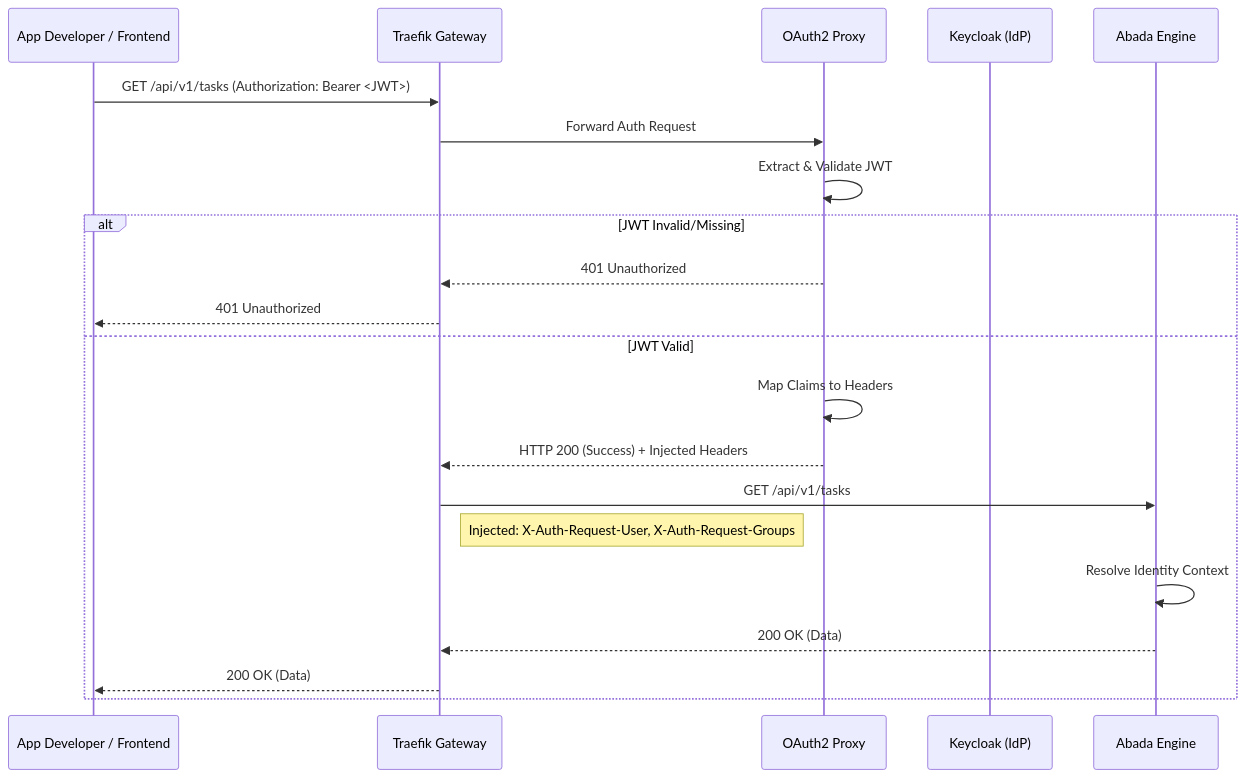
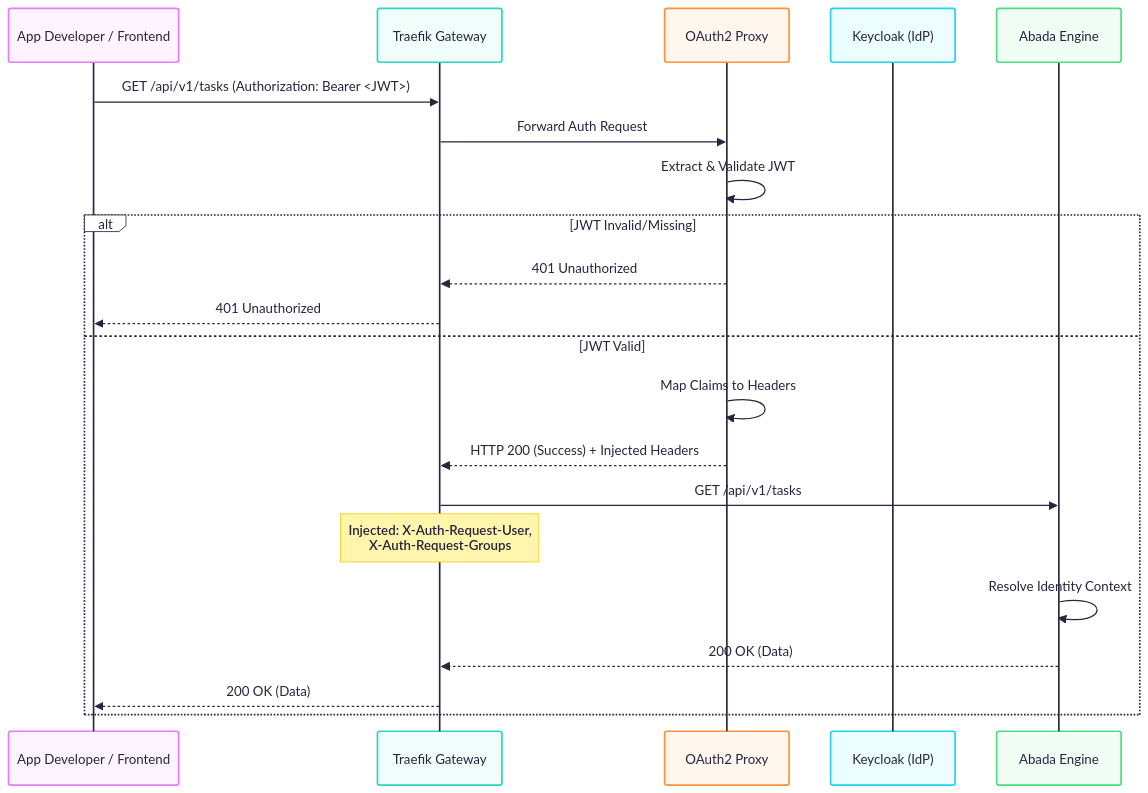
One commit to bashizip/abada-engine changed the first of 2 diagrams in docs/ENGINE-AUTHENTICATION.md. Above: the diagram before and after it, drawn with Mermaid.

Commit message:
docs: update engine authentication documentation

````diff
--- a/docs/ENGINE-AUTHENTICATION.md
+++ b/docs/ENGINE-AUTHENTICATION.md
@@ -23,25 +23,28 @@
 ```mermaid
+---
+config:
+  theme: redux-color
+---
 sequenceDiagram
     participant Dev as App Developer / Frontend
     participant Gateway as Traefik Gateway
     participant Proxy as OAuth2 Proxy
     participant Keycloak as Keycloak (IdP)
     participant Engine as Abada Engine
 
     Dev->>Gateway: GET /api/v1/tasks (Authorization: Bearer <JWT>)
     Gateway->>Proxy: Forward Auth Request
     Proxy->>Proxy: Extract & Validate JWT
-    
-    ALT JWT Invalid/Missing
+    alt JWT Invalid/Missing
         Proxy-->>Gateway: 401 Unauthorized
         Gateway-->>Dev: 401 Unauthorized
-    ELSE JWT Valid
+    else JWT Valid
         Proxy->>Proxy: Map Claims to Headers
         Proxy-->>Gateway: HTTP 200 (Success) + Injected Headers
         Gateway->>Engine: GET /api/v1/tasks
-        Note right of Gateway: Injected: X-Auth-Request-User, X-Auth-Request-Groups
+        Note over Gateway: Injected: X-Auth-Request-User,<br/>X-Auth-Request-Groups
         Engine->>Engine: Resolve Identity Context
         Engine-->>Gateway: 200 OK (Data)
         Gateway-->>Dev: 200 OK (Data)
-    END
+    end
 ```
````
